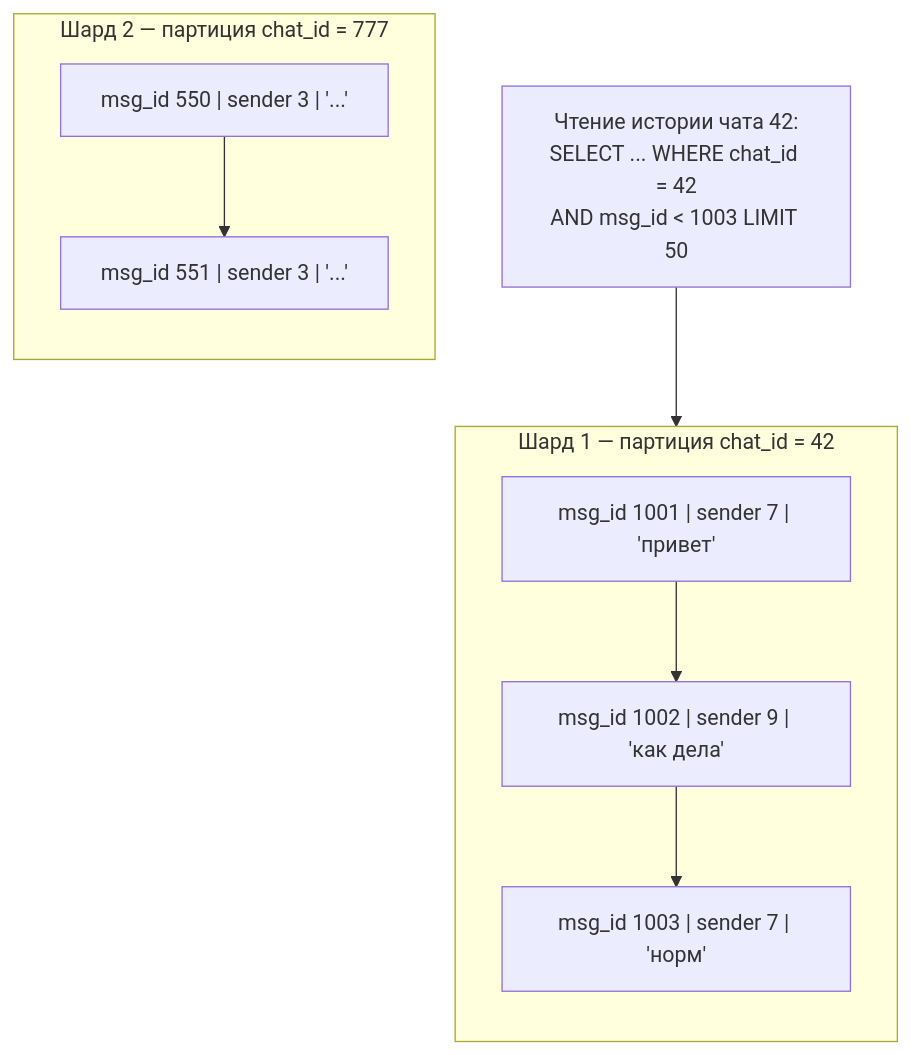
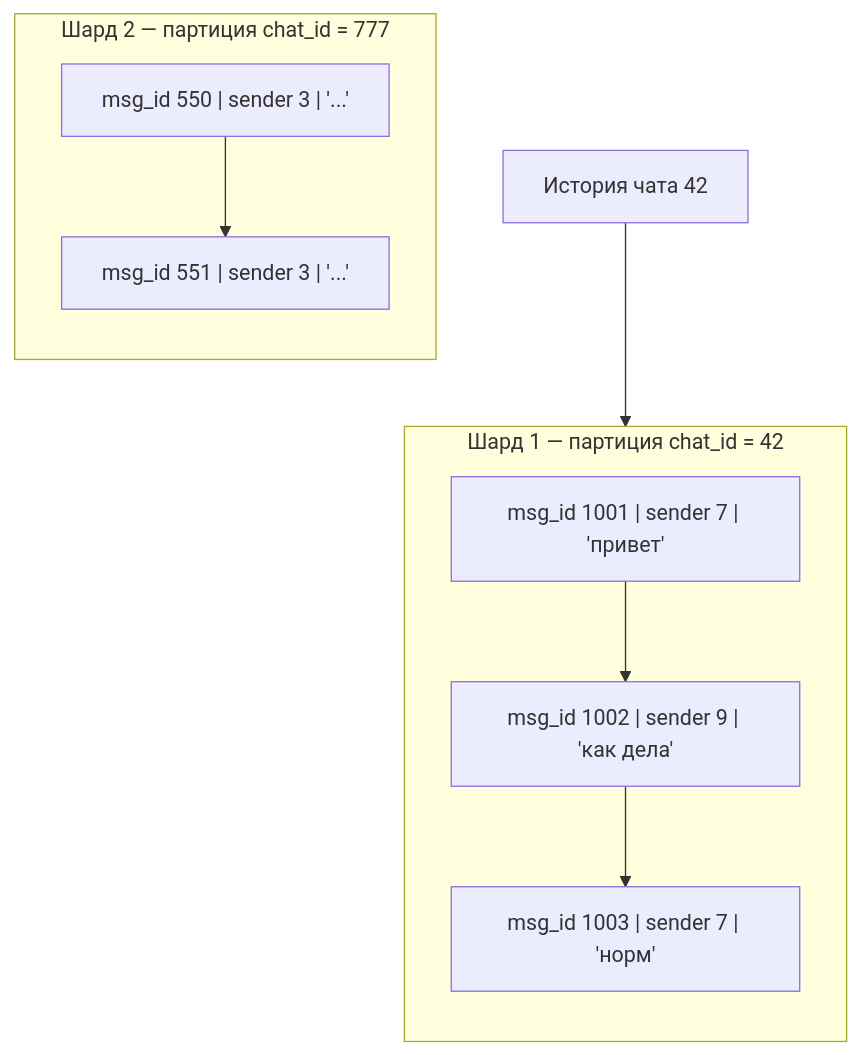
One commit to AlohaJava/system-design-interview-chamkin changed the fourth of 6 diagrams in 02-case-studies/chat-messenger.md. Above: the diagram before and after it, drawn with Mermaid. The commit also changed other lines of this file and 49 other files, not shown here.

````diff
--- a/02-case-studies/chat-messenger.md
+++ b/02-case-studies/chat-messenger.md
@@ -227,17 +209,17 @@
 ```mermaid
 flowchart TB
     subgraph Shard1["Шард 1 — партиция chat_id = 42"]
         direction TB
         R1["msg_id 1001 | sender 7 | 'привет'"]
         R2["msg_id 1002 | sender 9 | 'как дела'"]
         R3["msg_id 1003 | sender 7 | 'норм'"]
         R1 --> R2 --> R3
     end
     subgraph Shard2["Шард 2 — партиция chat_id = 777"]
         direction TB
         R4["msg_id 550 | sender 3 | '...'"]
         R5["msg_id 551 | sender 3 | '...'"]
         R4 --> R5
     end
-    Q1["Чтение истории чата 42:<br/>SELECT ... WHERE chat_id = 42<br/>AND msg_id < 1003 LIMIT 50"] --> Shard1
+    Q1["История чата 42"] --> Shard1
 ```
````
